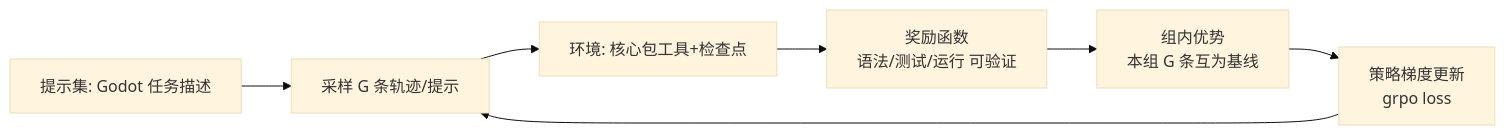
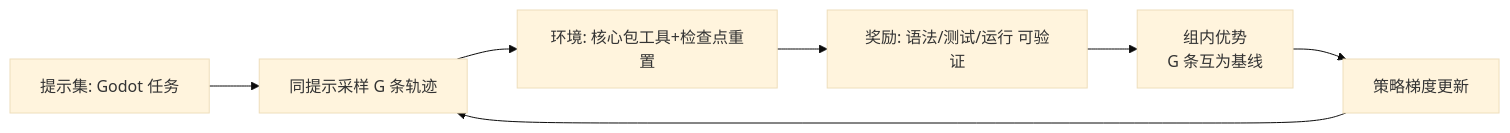
Before and after one commit to JIHT/Agent-Godot: the diagram in docs/modules/M18-GRPO.md, drawn with Mermaid (base theme). The commit also changed other lines of this file and 53 other files, not shown here.

````diff
--- a/docs/modules/M18-GRPO.md
+++ b/docs/modules/M18-GRPO.md
@@ -19,9 +19,9 @@
 ```mermaid
 flowchart LR
-    P[提示集: Godot 任务描述] --> S[采样 G 条轨迹/提示]
-    S --> ENV[环境: 核心包工具+检查点]
-    ENV --> R[奖励函数<br/>语法/测试/运行 可验证]
-    R --> A[组内优势<br/>本组 G 条互为基线]
-    A --> L[策略梯度更新<br/>grpo loss]
+    P[提示集: Godot 任务] --> S[同提示采样 G 条轨迹]
+    S --> ENV[环境: 核心包工具+检查点重置]
+    ENV --> R[奖励: 语法/测试/运行 可验证]
+    R --> A[组内优势<br/>G 条互为基线]
+    A --> L[策略梯度更新]
     L --> S
 ```
````
